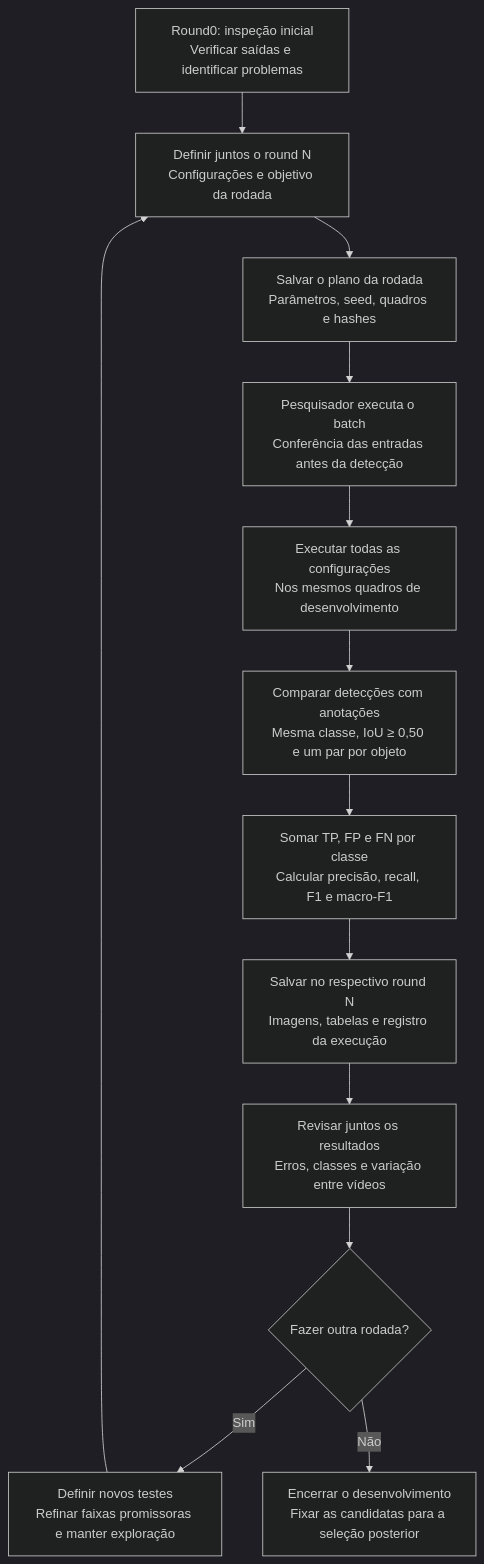
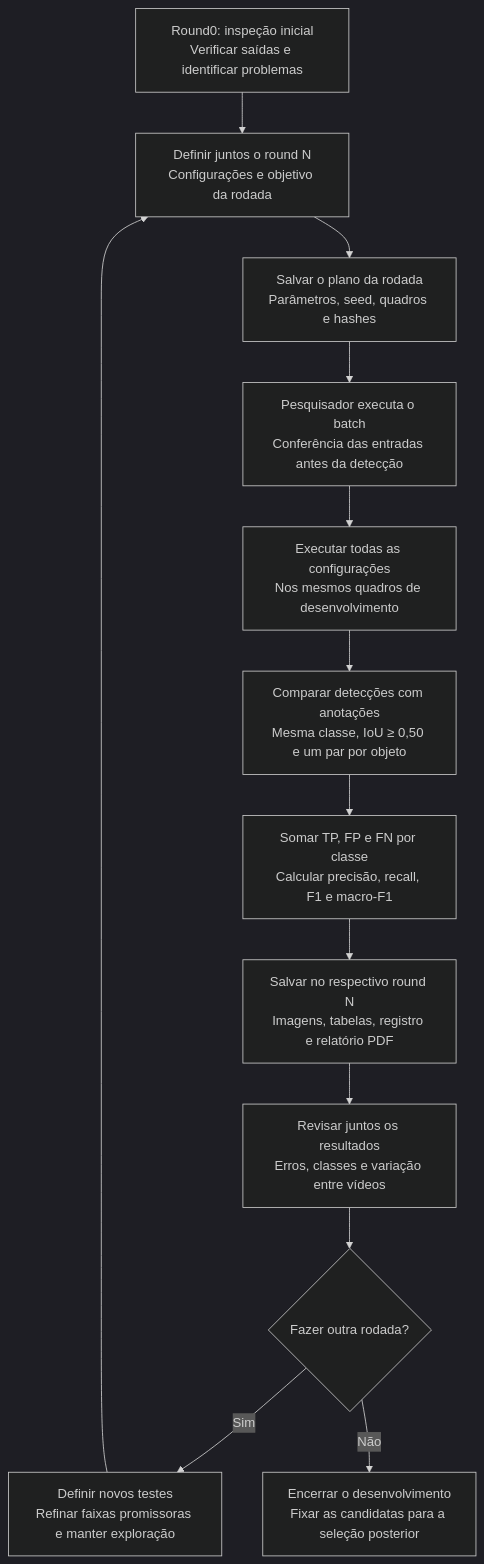
One commit to LeandroJerse/visem-sperm-tracking changed the diagram in analise/protocolo_rodadas.md. Above: the diagram before and after it, drawn with Mermaid (dark theme). The commit also changed other lines of this file and 8 other files, not shown here.

````diff
--- a/analise/protocolo_rodadas.md
+++ b/analise/protocolo_rodadas.md
@@ -13,19 +13,19 @@
 ```mermaid
 flowchart TD
     I["Round0: inspeção inicial<br/>Verificar saídas e identificar problemas"]
     P["Definir juntos o round N<br/>Configurações e objetivo da rodada"]
     F["Salvar o plano da rodada<br/>Parâmetros, seed, quadros e hashes"]
     E["Pesquisador executa o batch<br/>Conferência das entradas antes da detecção"]
     D["Executar todas as configurações<br/>Nos mesmos quadros de desenvolvimento"]
     A["Comparar detecções com anotações<br/>Mesma classe, IoU ≥ 0,50 e um par por objeto"]
     M["Somar TP, FP e FN por classe<br/>Calcular precisão, recall, F1 e macro-F1"]
-    S["Salvar no respectivo round N<br/>Imagens, tabelas e registro da execução"]
+    S["Salvar no respectivo round N<br/>Imagens, tabelas, registro e relatório PDF"]
     R["Revisar juntos os resultados<br/>Erros, classes e variação entre vídeos"]
     Q{"Fazer outra rodada?"}
     N["Definir novos testes<br/>Refinar faixas promissoras e manter exploração"]
     C["Encerrar o desenvolvimento<br/>Fixar as candidatas para a seleção posterior"]
 
     I --> P --> F --> E --> D --> A --> M --> S --> R --> Q
     Q -->|Sim| N --> P
     Q -->|Não| C
 ```
````
